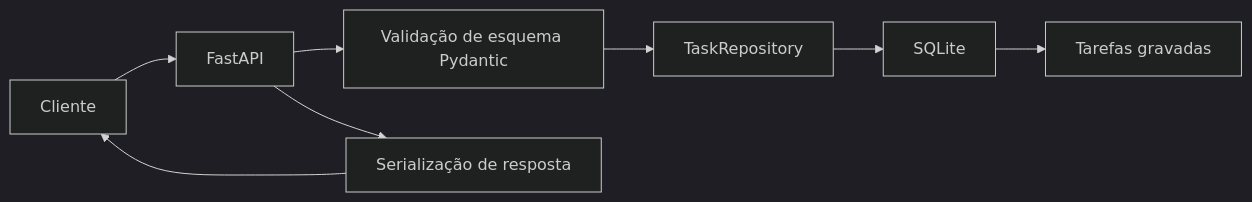
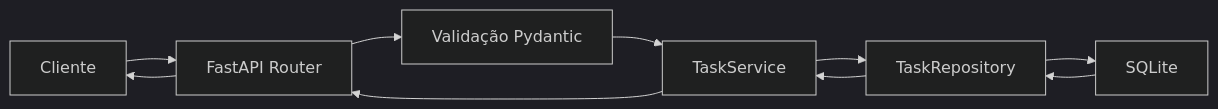
One commit to karinakaori/task_api changed the first of 2 diagrams in README.md. Above: the diagram before and after it, drawn with Mermaid (dark theme). The commit also changed other lines of this file and 1 other file, not shown here.

````diff
--- a/README.md
+++ b/README.md
@@ -99,10 +219,12 @@
 ```mermaid
 flowchart LR
-    Cliente --> API[FastAPI]
-    API --> Validação[Validação de esquema Pydantic]
-    Validação --> Repositório[TaskRepository]
-    Repositório --> DB[SQLite]
-    DB --> Persistência[Tarefas gravadas]
-    API --> Resposta[Serialização de resposta]
-    Resposta --> Cliente
+    Cliente --> Router[FastAPI Router]
+    Router --> Schemas[Validação Pydantic]
+    Schemas --> Service[TaskService]
+    Service --> Repository[TaskRepository]
+    Repository --> DB[SQLite]
+    DB --> Repository
+    Repository --> Service
+    Service --> Router
+    Router --> Cliente
 ```
````
